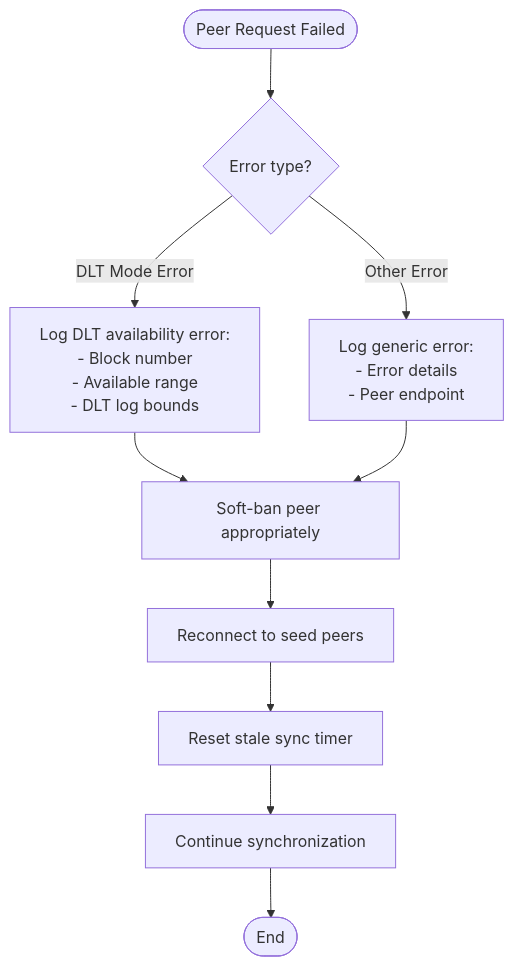
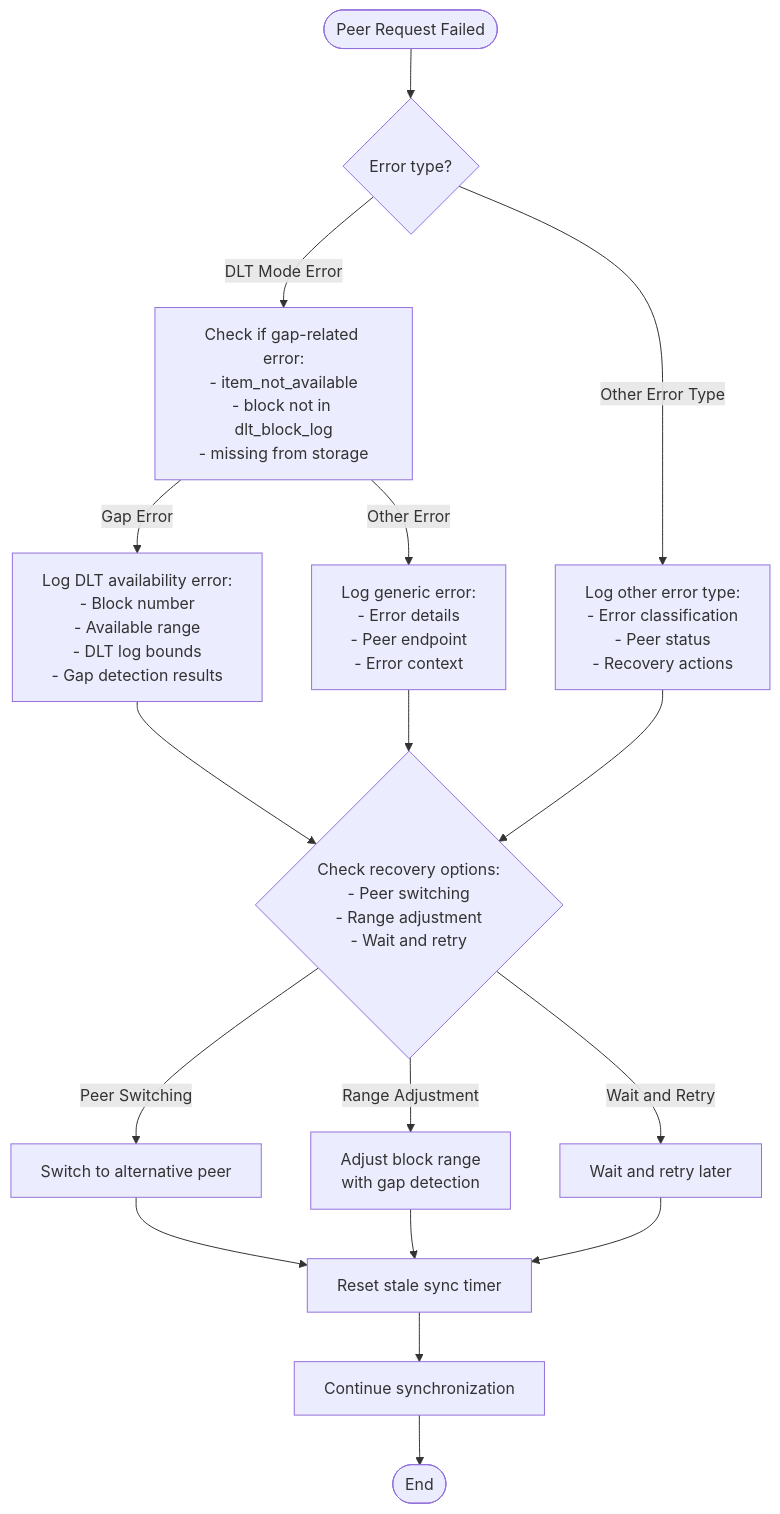
Before and after one commit to VIZ-Blockchain/viz-cpp-node: diagram 19 of 32 in .qoder/repowiki/en/content/P2p Plugin.md, drawn with Mermaid. The commit also changed other lines of this file and 5 other files, not shown here.

First line of the commit message:
feat(dlt_block_log): add reset method and automatic gap recovery system

````diff
--- a/.qoder/repowiki/en/content/P2p Plugin.md
+++ b/.qoder/repowiki/en/content/P2p Plugin.md
@@ -536,12 +768,19 @@
 ```mermaid
 flowchart TD
 Start([Peer Request Failed]) --> CheckError{"Error type?"}
-CheckError --> |DLT Mode Error| LogDLTError["Log DLT availability error:<br/>- Block number<br/>- Available range<br/>- DLT log bounds"]
-CheckError --> |Other Error| LogGenericError["Log generic error:<br/>- Error details<br/>- Peer endpoint"]
-LogDLTError --> SoftBanPeer["Soft-ban peer appropriately"]
-LogGenericError --> SoftBanPeer
-SoftBanPeer --> ReconnectSeed["Reconnect to seed peers"]
-ReconnectSeed --> ResetTimer["Reset stale sync timer"]
+CheckError --> |DLT Mode Error| CheckGapError["Check if gap-related error:<br/>- item_not_available<br/>- block not in dlt_block_log<br/>- missing from storage"]
+CheckGapError --> |Gap Error| LogDLTError["Log DLT availability error:<br/>- Block number<br/>- Available range<br/>- DLT log bounds<br/>- Gap detection results"]
+CheckGapError --> |Other Error| LogGenericError["Log generic error:<br/>- Error details<br/>- Peer endpoint<br/>- Error context"]
+CheckError --> |Other Error Type| LogOtherError["Log other error type:<br/>- Error classification<br/>- Peer status<br/>- Recovery actions"]
+LogDLTError --> CheckRecovery{"Check recovery options:<br/>- Peer switching<br/>- Range adjustment<br/>- Wait and retry"}
+LogGenericError --> CheckRecovery
+LogOtherError --> CheckRecovery
+CheckRecovery --> |Peer Switching| SwitchPeer["Switch to alternative peer"]
+CheckRecovery --> |Range Adjustment| AdjustRange["Adjust block range<br/>with gap detection"]
+CheckRecovery --> |Wait and Retry| WaitRetry["Wait and retry later"]
+SwitchPeer --> ResetTimer["Reset stale sync timer"]
+AdjustRange --> ResetTimer
+WaitRetry --> ResetTimer
 ResetTimer --> ContinueSync["Continue synchronization"]
 ContinueSync --> End([End])
 ```
````
